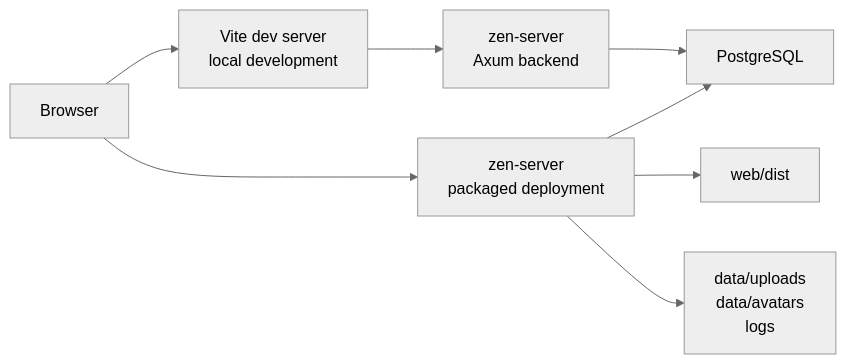
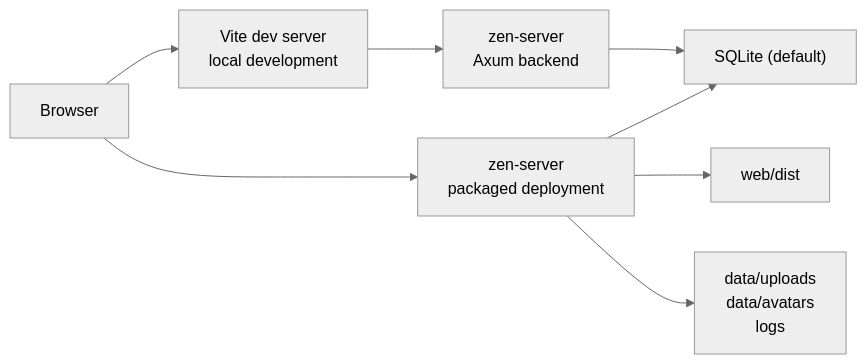
One commit to idaibin/rustzen-admin changed the first of 4 diagrams in docs/reference/architecture-diagrams.md. Above: the diagram before and after it, drawn with Mermaid (neutral theme). The commit also changed other lines of this file and 10 other files, not shown here.

````diff
--- a/docs/reference/architecture-diagrams.md
+++ b/docs/reference/architecture-diagrams.md
@@ -7,10 +7,10 @@
 ```mermaid
 flowchart LR
     Browser["Browser"] --> WebDev["Vite dev server<br/>local development"]
     WebDev --> Backend["zen-server<br/>Axum backend"]
     Browser --> BackendDeploy["zen-server<br/>packaged deployment"]
     BackendDeploy --> StaticFiles["web/dist"]
-    Backend --> Db["PostgreSQL"]
+    Backend --> Db["SQLite (default)"]
     BackendDeploy --> Db
     BackendDeploy --> RuntimeData["data/uploads<br/>data/avatars<br/>logs"]
 ```
````
